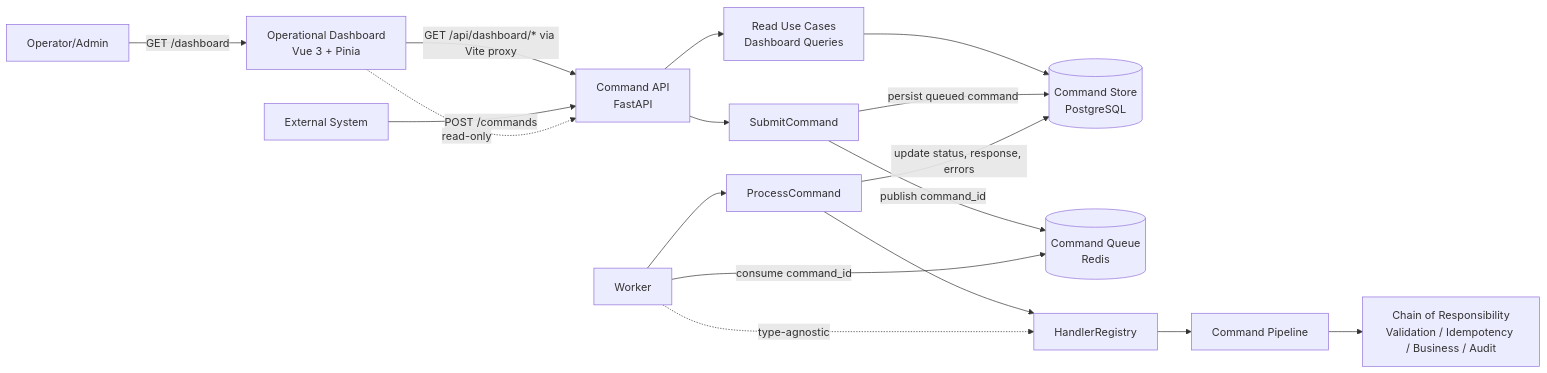
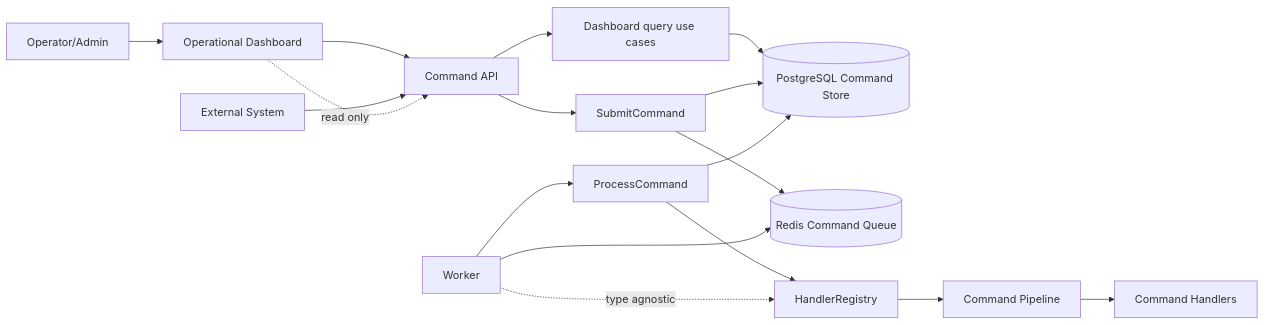
One commit to paulossjunior/zoia-ai changed the diagram in docs/operational-dashboard.md. Above: the diagram before and after it, drawn with Mermaid. The commit also changed 2 other files, not shown here.

Commit message:
Fix Mermaid architecture diagrams

````diff
--- a/docs/operational-dashboard.md
+++ b/docs/operational-dashboard.md
@@ -31,21 +31,21 @@
 ```mermaid
 flowchart LR
-    operator[Operator/Admin] -->|GET /dashboard| dashboard[Operational Dashboard<br/>Vue 3 + Pinia]
-    dashboard -->|GET /api/dashboard/* via Vite proxy| api[Command API<br/>FastAPI]
-    api --> queries[Read Use Cases<br/>Dashboard Queries]
-    queries --> store[(Command Store<br/>PostgreSQL)]
+    operator["Operator/Admin"] --> dashboard["Operational Dashboard"]
+    dashboard --> api["Command API"]
+    api --> queries["Dashboard query use cases"]
+    queries --> store[("PostgreSQL Command Store")]
 
-    external[External System] -->|POST /commands| api
-    api --> submit[SubmitCommand]
-    submit -->|persist queued command| store
-    submit -->|publish command_id| queue[(Command Queue<br/>Redis)]
-    worker[Worker] -->|consume command_id| queue
-    worker --> process[ProcessCommand]
-    process --> registry[HandlerRegistry]
-    registry --> pipeline[Command Pipeline]
-    pipeline --> handlers[Chain of Responsibility<br/>Validation / Idempotency / Business / Audit]
-    process -->|update status, response, errors| store
+    external["External System"] --> api
+    api --> submit["SubmitCommand"]
+    submit --> store
+    submit --> queue[("Redis Command Queue")]
+    worker["Worker"] --> queue
+    worker --> process["ProcessCommand"]
+    process --> registry["HandlerRegistry"]
+    registry --> pipeline["Command Pipeline"]
+    pipeline --> handlers["Command Handlers"]
+    process --> store
 
-    dashboard -. read-only .-> api
-    worker -. type-agnostic .-> registry
+    dashboard -. "read only" .-> api
+    worker -. "type agnostic" .-> registry
 ```
````
